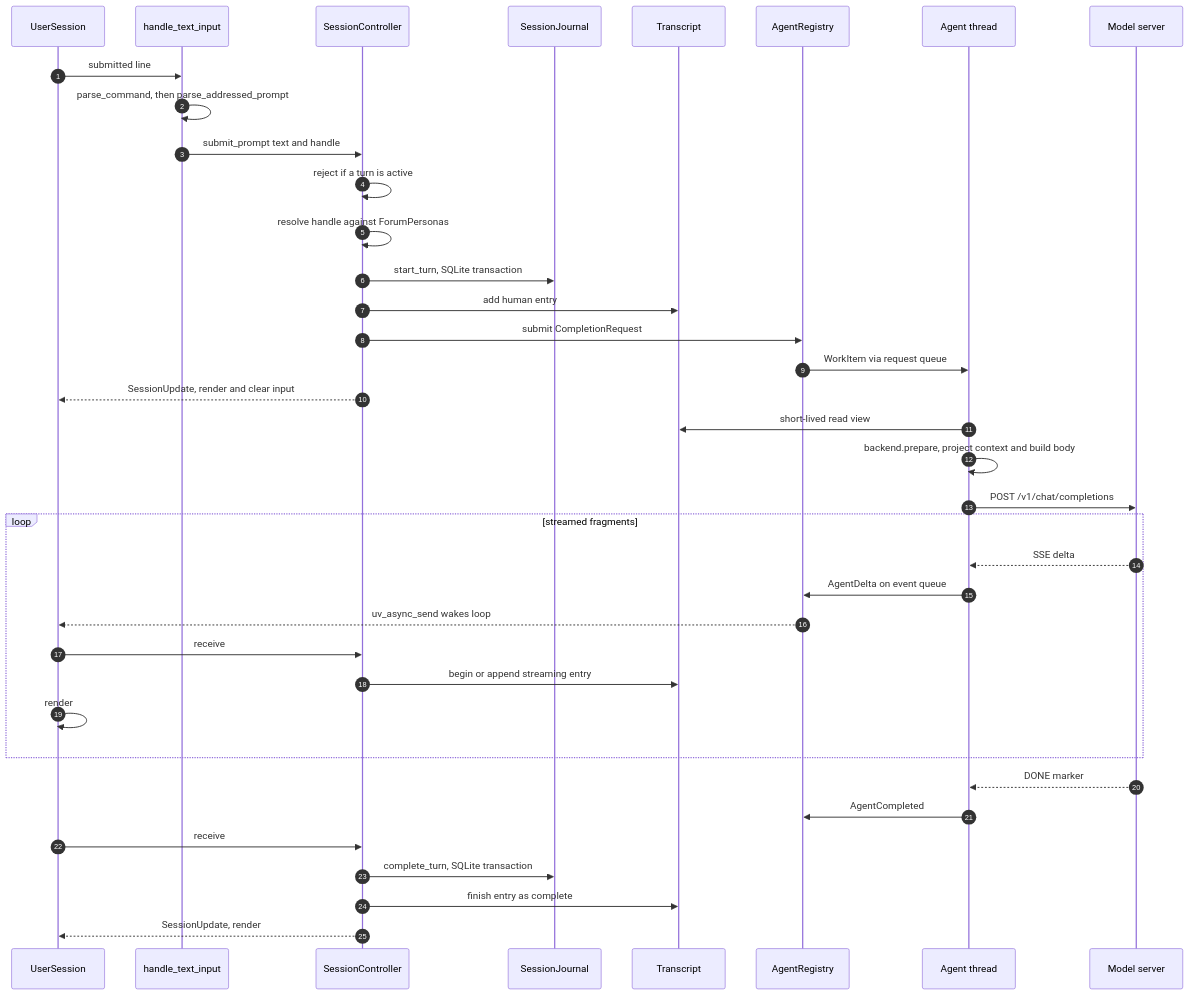
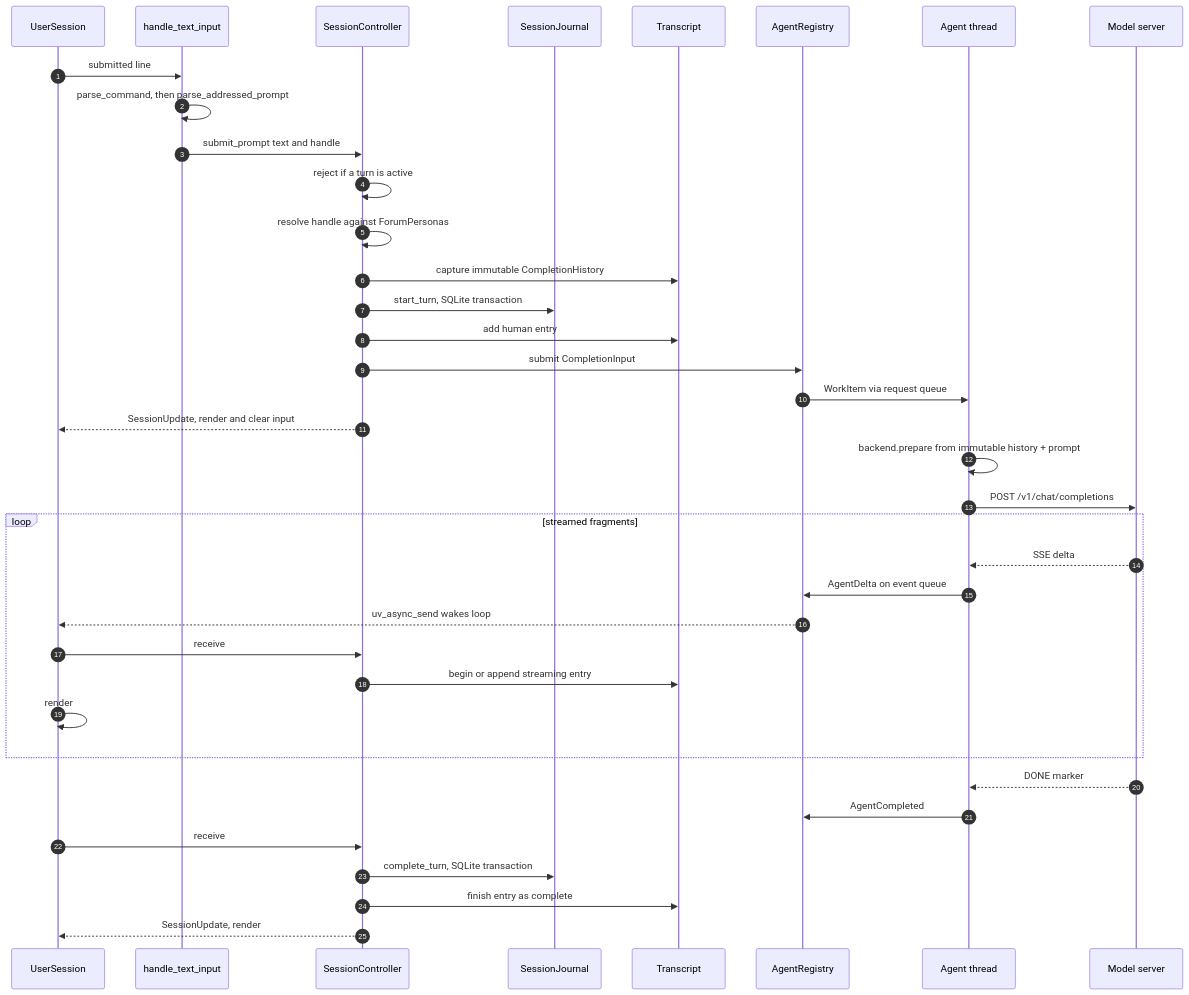
The third of 4 diagrams in src/README.md (michaelpopov/cha), drawn with Mermaid before and after one commit. The commit also changed other lines of this file and 24 other files, not shown here.

````diff
--- a/src/README.md
+++ b/src/README.md
@@ -218,41 +219,41 @@
 ```mermaid
 sequenceDiagram
     autonumber
     participant U as UserSession
     participant T as handle_text_input
     participant C as SessionController
     participant J as SessionJournal
     participant V as Transcript
     participant G as AgentRegistry
     participant W as Agent thread
     participant P as Model server
 
     U->>T: submitted line
     T->>T: parse_command, then parse_addressed_prompt
     T->>C: submit_prompt text and handle
     C->>C: reject if a turn is active
     C->>C: resolve handle against ForumPersonas
+    C->>V: capture immutable CompletionHistory
     C->>J: start_turn, SQLite transaction
     C->>V: add human entry
-    C->>G: submit CompletionRequest
+    C->>G: submit CompletionInput
     G->>W: WorkItem via request queue
     C-->>U: SessionUpdate, render and clear input
 
-    W->>V: short-lived read view
-    W->>W: backend.prepare, project context and build body
+    W->>W: backend.prepare from immutable history + prompt
     W->>P: POST /v1/chat/completions
     loop streamed fragments
         P-->>W: SSE delta
         W->>G: AgentDelta on event queue
         G-->>U: uv_async_send wakes loop
         U->>C: receive
         C->>V: begin or append streaming entry
         U->>U: render
     end
     P-->>W: DONE marker
     W->>G: AgentCompleted
     U->>C: receive
     C->>J: complete_turn, SQLite transaction
     C->>V: finish entry as complete
     C-->>U: SessionUpdate, render
 ```
````
